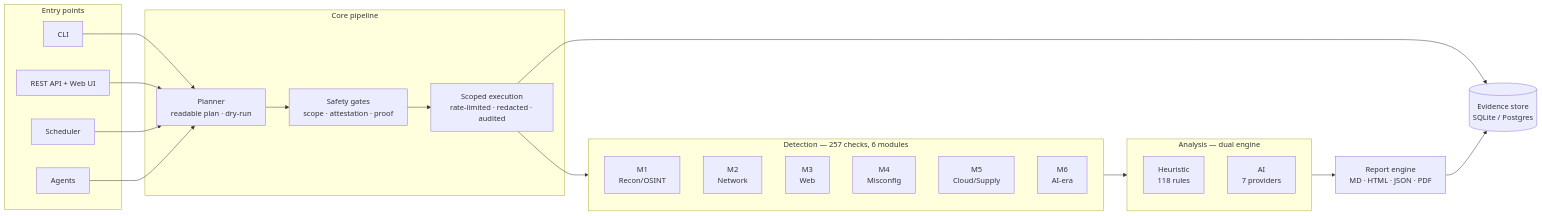
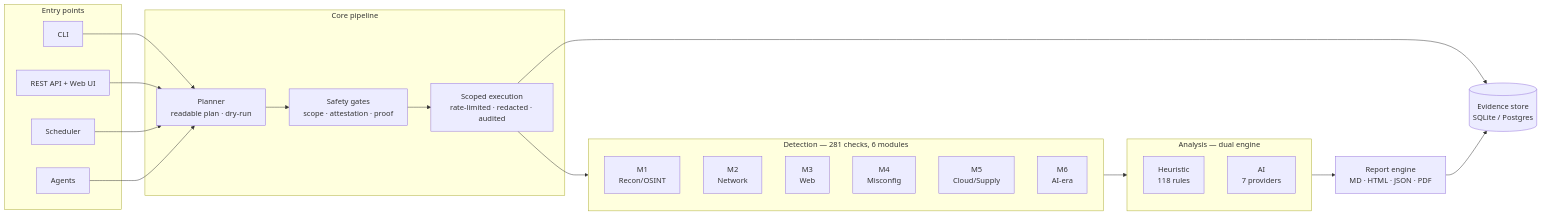
The first of 2 diagrams in README.md (0xFE1C/ARACHNE), drawn with Mermaid before and after one commit. The commit also changed other lines of this file and 20 other files, not shown here.

````diff
--- a/README.md
+++ b/README.md
@@ -60,40 +60,40 @@
 ```mermaid
 flowchart LR
     subgraph entry["Entry points"]
         CLI["CLI"]
         API["REST API + Web UI"]
         SCH["Scheduler"]
         AGT["Agents"]
     end
     subgraph pipeline["Core pipeline"]
         PLAN["Planner<br/>readable plan · dry-run"]
         GATES["Safety gates<br/>scope · attestation · proof"]
         RUN["Scoped execution<br/>rate-limited · redacted · audited"]
     end
-    subgraph modules["Detection — 257 checks, 6 modules"]
+    subgraph modules["Detection — 281 checks, 6 modules"]
         M1["M1<br/>Recon/OSINT"]
         M2["M2<br/>Network"]
         M3["M3<br/>Web"]
         M4["M4<br/>Misconfig"]
         M5["M5<br/>Cloud/Supply"]
         M6["M6<br/>AI-era"]
     end
     subgraph engines["Analysis — dual engine"]
         HEUR["Heuristic<br/>118 rules"]
         AIE["AI<br/>7 providers"]
     end
     REP["Report engine<br/>MD · HTML · JSON · PDF"]
     DB[("Evidence store<br/>SQLite / Postgres")]
 
     CLI --> PLAN
     API --> PLAN
     SCH --> PLAN
     AGT --> PLAN
     PLAN --> GATES
     GATES --> RUN
     RUN --> modules
     modules --> engines
     engines --> REP
     RUN --> DB
     REP --> DB
 ```
````
